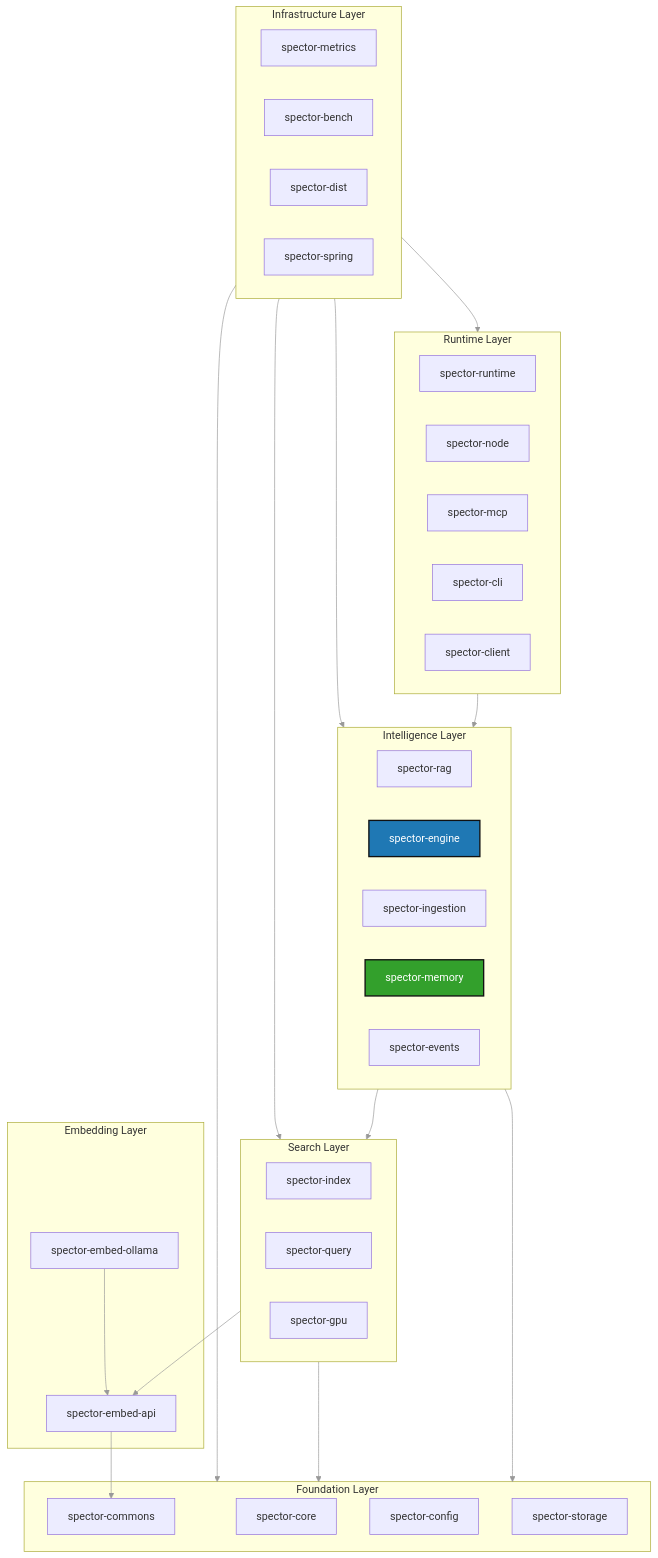
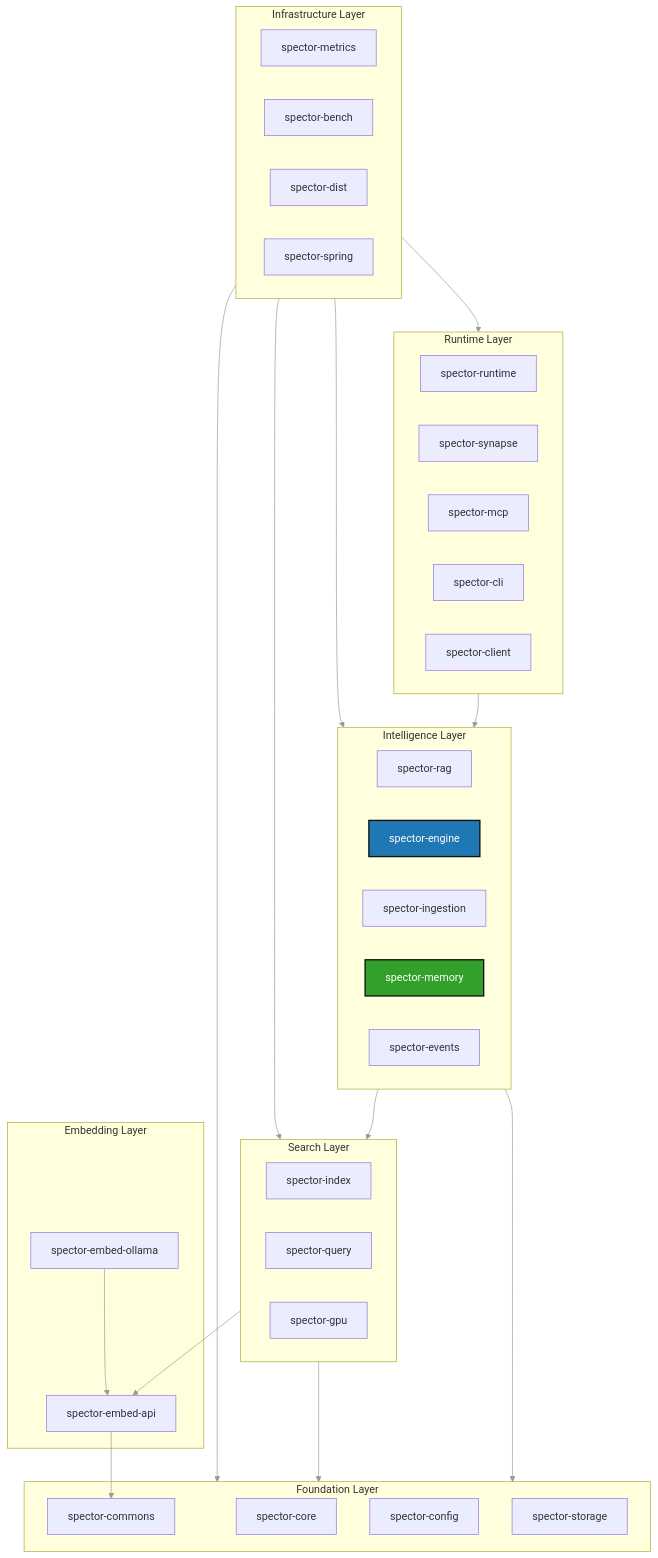
The diagram in PROJECT_CONTEXT.md (spectrayan/spector), drawn with Mermaid before and after one commit. The commit also changed other lines of this file and 41 other files, not shown here.

````diff
--- a/PROJECT_CONTEXT.md
+++ b/PROJECT_CONTEXT.md
@@ -50,61 +50,61 @@
 ```mermaid
 graph TD
     subgraph infrastructure ["Infrastructure Layer"]
         metrics[spector-metrics]
         bench[spector-bench]
         dist[spector-dist]
         spring[spector-spring]
     end
 
     subgraph run_layer ["Runtime Layer"]
         runtime[spector-runtime]
-        node[spector-node]
+        synapse[spector-synapse]
         mcp[spector-mcp]
         cli[spector-cli]
         client[spector-client]
     end
 
     subgraph intelligence ["Intelligence Layer"]
         rag[spector-rag]
         engine[spector-engine]
         ingestion[spector-ingestion]
         memory[spector-memory]
         events[spector-events]
     end
 
     subgraph search ["Search Layer"]
         index[spector-index]
         query[spector-query]
         gpu[spector-gpu]
     end
 
     subgraph embedding ["Embedding Layer"]
         embed_api[spector-embed-api]
         embed_ollama[spector-embed-ollama]
     end
 
     subgraph foundation ["Foundation Layer"]
         core[spector-core]
         commons[spector-commons]
         config[spector-config]
         storage[spector-storage]
     end
 
     %% Dependency mappings
     run_layer --> intelligence
     intelligence --> search
     intelligence --> foundation
     search --> foundation
     search --> embed_api
     embed_api --> commons
     embed_ollama --> embed_api
     infrastructure --> foundation
     infrastructure --> search
     infrastructure --> intelligence
     infrastructure --> run_layer
 
     %% Boundary rules
     style memory fill:#33a02c,stroke:#111,stroke-width:2px,color:#fff
     style engine fill:#1f78b4,stroke:#111,stroke-width:2px,color:#fff
     linkStyle 0,1,2,3,4,5,6,7,8,9,10 stroke:#999,stroke-width:1px;
 ```
````
